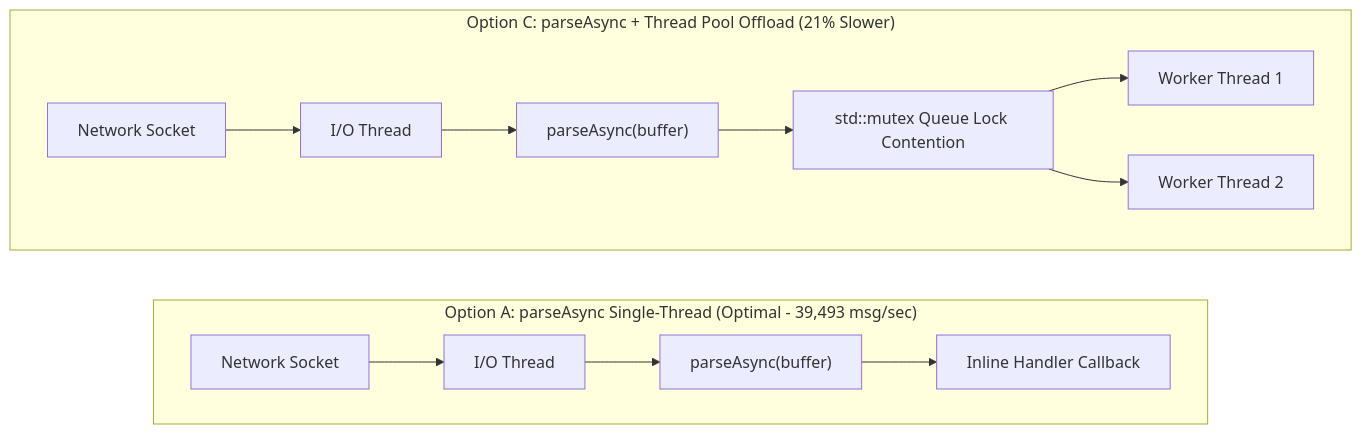
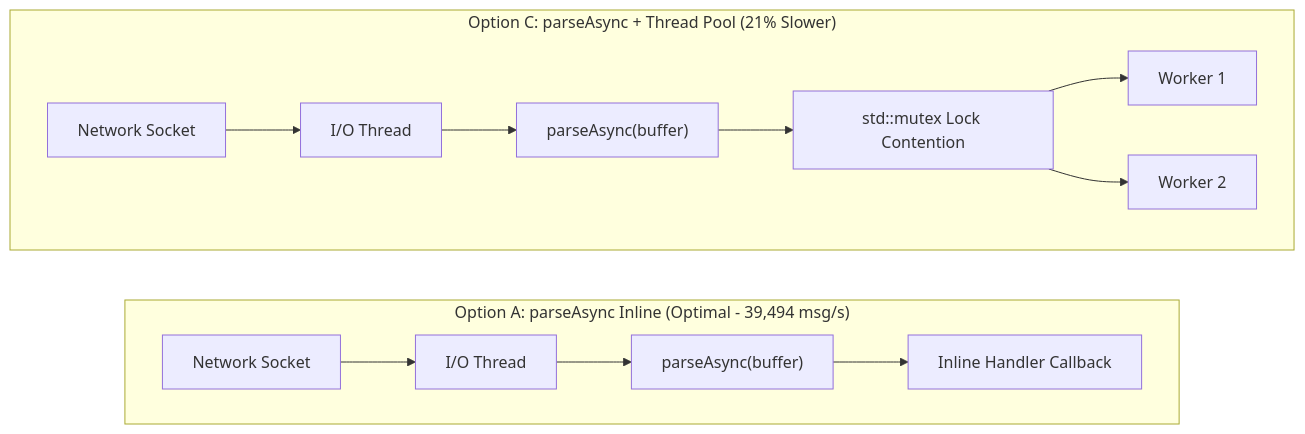
Before and after one commit to SiddiqSoft/sip2json: the diagram in docs/features/benchmarks.md, drawn with Mermaid. The commit also changed other lines of this file and 8 other files, not shown here.

````diff
--- a/docs/features/benchmarks.md
+++ b/docs/features/benchmarks.md
@@ -70,18 +148,18 @@
 ```mermaid
 flowchart LR
-    subgraph OptionA ["Option A: parseAsync Single-Thread (Optimal - 39,493 msg/sec)"]
+    subgraph OptionA ["Option A: parseAsync Inline (Optimal - 39,494 msg/s)"]
         direction LR
         SockA["Network Socket"] --> IOA["I/O Thread"]
         IOA --> PA["parseAsync(buffer)"]
         PA --> CBA["Inline Handler Callback"]
     end
     
-    subgraph OptionC ["Option C: parseAsync + Thread Pool Offload (21% Slower)"]
+    subgraph OptionC ["Option C: parseAsync + Thread Pool (21% Slower)"]
         direction LR
         SockC["Network Socket"] --> IOC["I/O Thread"]
         IOC --> PC["parseAsync(buffer)"]
-        PC --> Mtx["std::mutex Queue Lock Contention"]
-        Mtx --> W1["Worker Thread 1"]
-        Mtx --> W2["Worker Thread 2"]
+        PC --> Mtx["std::mutex Lock Contention"]
+        Mtx --> W1["Worker 1"]
+        Mtx --> W2["Worker 2"]
     end
 ```
````
